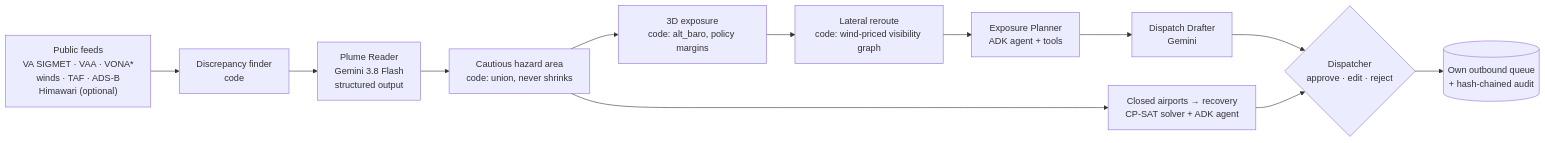
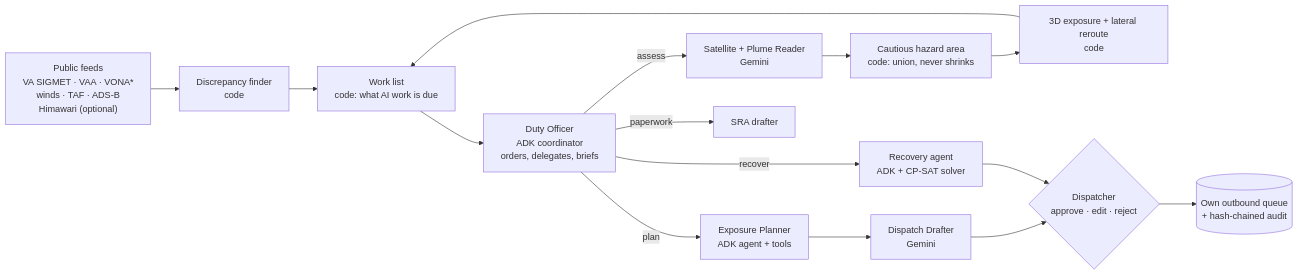
The diagram in README.md (officialasishkumar/tephra-public), drawn with Mermaid before and after one commit. The commit also changed other lines of this file and 52 other files, not shown here.

Commit message:
Add the Duty Officer: an ADK coordinator that orders and delegates the AI work

````diff
--- a/README.md
+++ b/README.md
@@ -24,14 +24,17 @@
 ```mermaid
 flowchart LR
   F["Public feeds<br/>VA SIGMET · VAA · VONA*<br/>winds · TAF · ADS-B<br/>Himawari (optional)"] --> D["Discrepancy finder<br/>code"]
-  D --> P["Plume Reader<br/>Gemini 3.8 Flash<br/>structured output"]
+  D --> W["Work list<br/>code: what AI work is due"]
+  W --> DO["Duty Officer<br/>ADK coordinator<br/>orders, delegates, briefs"]
+  DO -->|assess| P["Satellite + Plume Reader<br/>Gemini"]
   P --> C["Cautious hazard area<br/>code: union, never shrinks"]
-  C --> E["3D exposure<br/>code: alt_baro, policy margins"]
-  E --> R["Lateral reroute<br/>code: wind-priced visibility graph"]
-  R --> PL["Exposure Planner<br/>ADK agent + tools"]
+  C --> E["3D exposure + lateral reroute<br/>code"]
+  E --> W
+  DO -->|plan| PL["Exposure Planner<br/>ADK agent + tools"]
   PL --> DR["Dispatch Drafter<br/>Gemini"]
   DR --> H{"Dispatcher<br/>approve · edit · reject"}
   H --> Q[("Own outbound queue<br/>+ hash-chained audit")]
-  C --> RC["Closed airports → recovery<br/>CP-SAT solver + ADK agent"]
+  DO -->|recover| RC["Recovery agent<br/>ADK + CP-SAT solver"]
+  DO -->|paperwork| S["SRA drafter"]
   RC --> H
 ```
````
